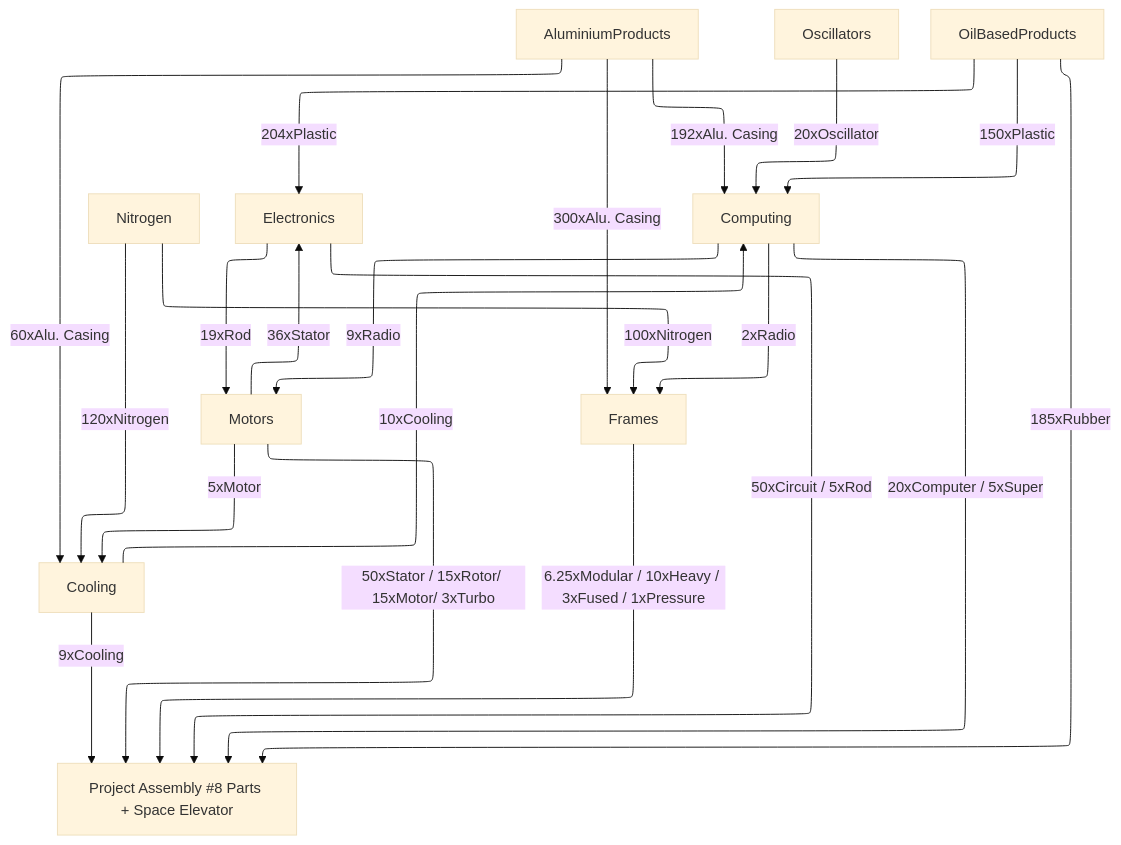
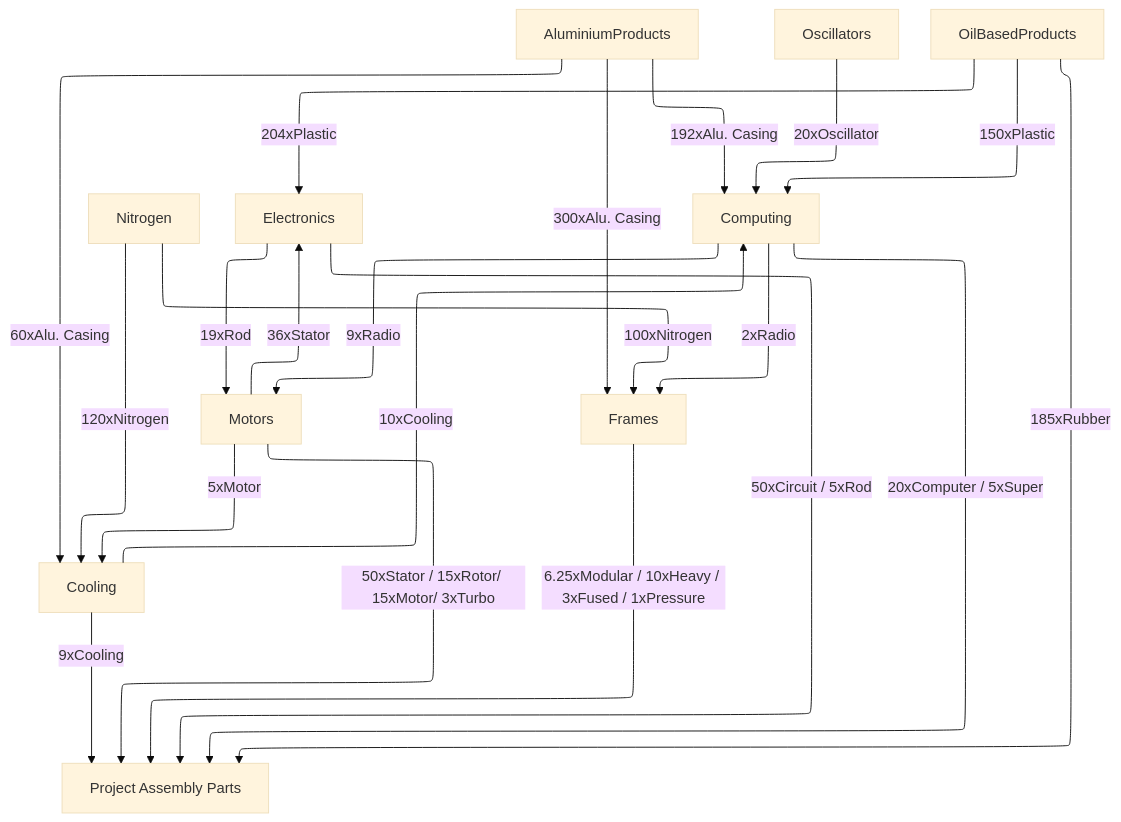
One commit to totobest/satis-master-plan changed the diagram in src/train_connections.mermaid. Above: the diagram before and after it, drawn with Mermaid (base theme).

Commit message:
try fix mermaid

```diff
--- a/src/train_connections.mermaid
+++ b/src/train_connections.mermaid
@@ -1,45 +1,45 @@
 ---
 config:
   layout: elk
 ---
 
 flowchart TD
 
     AluminiumProducts
 
     Oscillators
 
     Nitrogen
 
 
     Electronics -- 19xRod --> Motors
     Computing -- 9xRadio --> Motors
     Motors
 
     AluminiumProducts -- 300xAlu. Casing --> Frames
     Computing -- 2xRadio --> Frames
     Nitrogen -- 100xNitrogen --> Frames
     Frames
 
     OilBasedProducts -- 204xPlastic --> Electronics
     Motors -- 36xStator --> Electronics
     Electronics
 
     AluminiumProducts -- 60xAlu. Casing --> Cooling
     Motors -- 5xMotor --> Cooling
     Nitrogen -- 120xNitrogen --> Cooling
     Cooling
 
     OilBasedProducts -- 150xPlastic --> Computing
     Oscillators -- 20xOscillator --> Computing
     AluminiumProducts -- 192xAlu. Casing --> Computing
     Cooling -- 10xCooling--> Computing
     Computing
 
     OilBasedProducts -- 185xRubber --> ProjectAssembly
     Motors -- 50xStator / 15xRotor/ 15xMotor/ 3xTurbo --> ProjectAssembly
     Frames -- 6.25xModular / 10xHeavy / 3xFused / 1xPressure --> ProjectAssembly
     Electronics -- 50xCircuit / 5xRod --> ProjectAssembly
     Cooling -- 9xCooling--> ProjectAssembly
     Computing -- 20xComputer / 5xSuper --> ProjectAssembly
-    ProjectAssembly["Project Assembly #8 Parts + Space Elevator"]
+    ProjectAssembly["Project Assembly Parts"]
```
